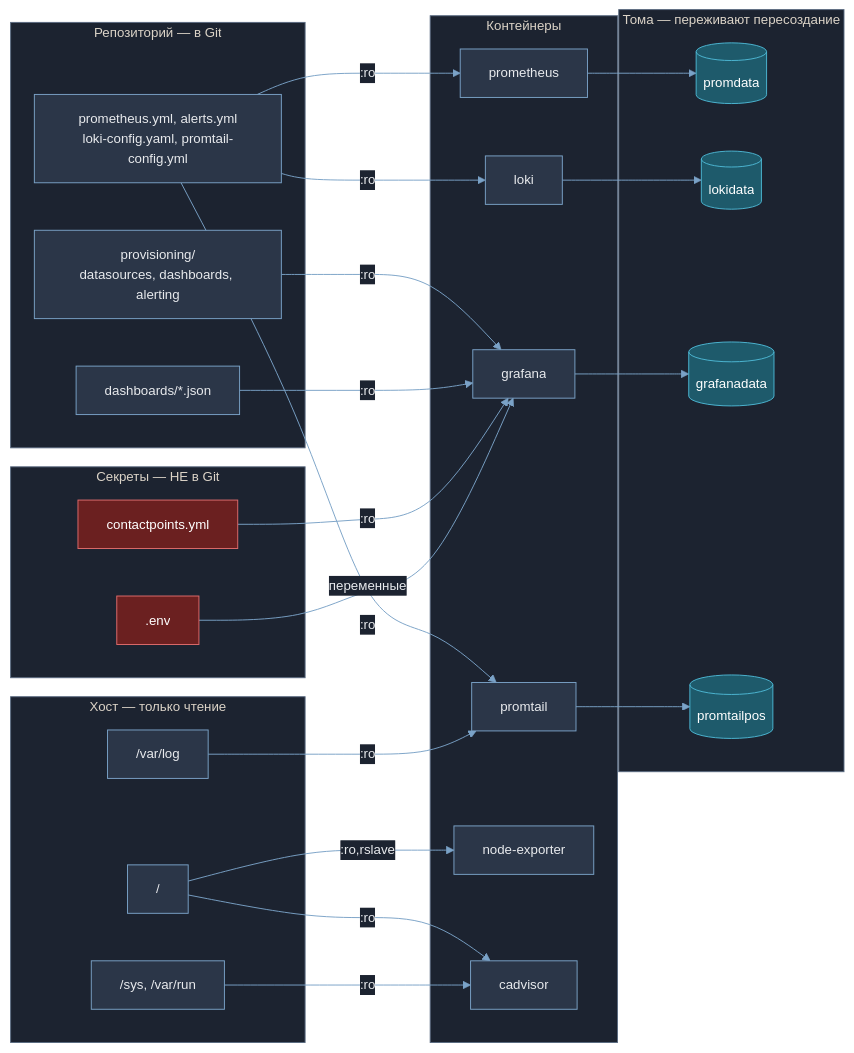
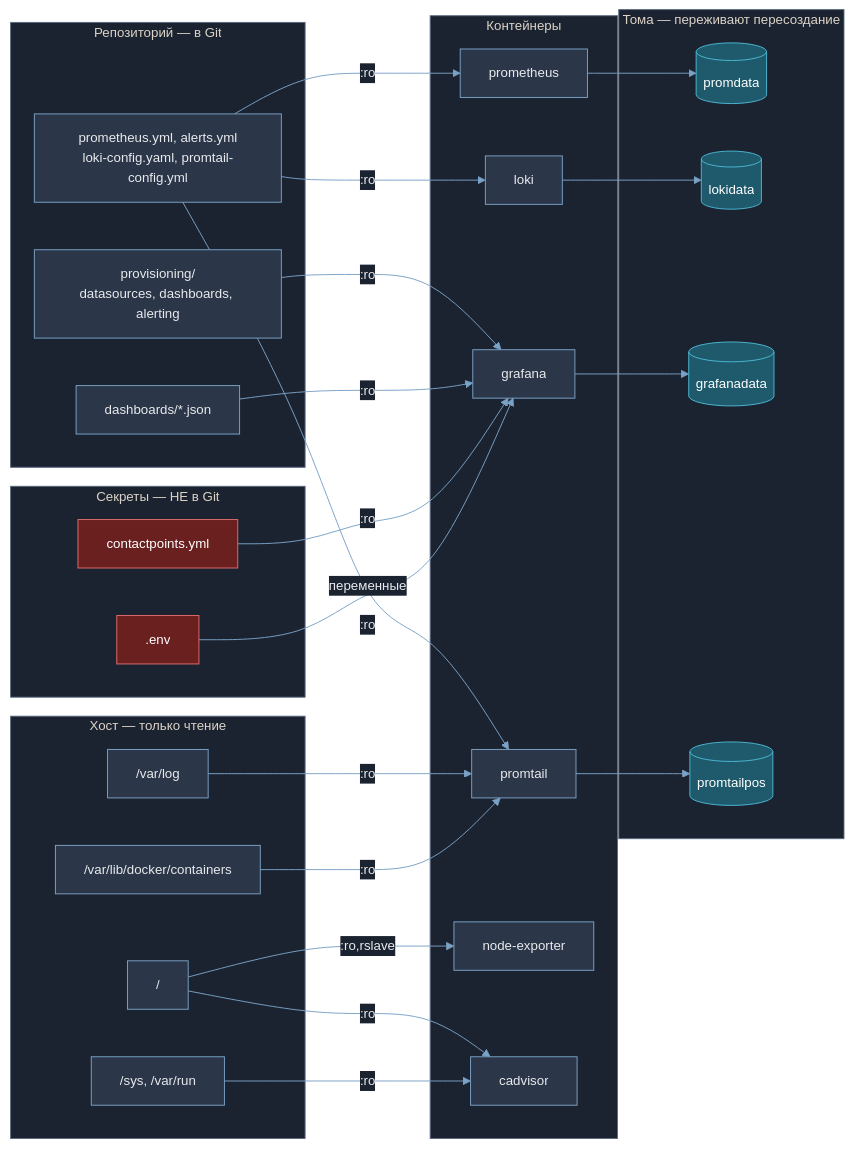
The fourth of 4 diagrams in README.md (osltbs/docker-monitoring-stack), drawn with Mermaid before and after one commit. The commit also changed other lines of this file and 4 other files, not shown here.

````diff
--- a/README.md
+++ b/README.md
@@ -238,59 +230,61 @@
 ```mermaid
 %%{init: {'theme':'base','themeVariables':{'lineColor':'#7aa2c7','primaryColor':'#2b3648','primaryTextColor':'#e8eaed','primaryBorderColor':'#7aa2c7','secondaryColor':'#3a4658','tertiaryColor':'#242c38','edgeLabelBackground':'#1c2330','clusterBkg':'#1c2330','clusterBorder':'#5a6a80','fontSize':'14px'}}}%%
 flowchart LR
     subgraph GIT["Репозиторий — в Git"]
         CONF["prometheus.yml, alerts.yml<br/>loki-config.yaml, promtail-config.yml"]
         PROV["provisioning/<br/>datasources, dashboards, alerting"]
         DASH["dashboards/*.json"]
     end
 
     subgraph SECRET["Секреты — НЕ в Git"]
         ENV[".env"]
         CP["contactpoints.yml"]
     end
 
     subgraph HOSTRO["Хост — только чтение"]
         ROOTFS["/"]
         SYSFS["/sys, /var/run"]
         LOGS["/var/log"]
+        DLOGS["/var/lib/docker/containers"]
     end
 
     subgraph SVC["Контейнеры"]
         PROM["prometheus"]
         LOKI["loki"]
         PT["promtail"]
         GRAF["grafana"]
         NE["node-exporter"]
         CAD["cadvisor"]
     end
 
     subgraph VOL["Тома — переживают пересоздание"]
         PD[("promdata")]
         LD[("lokidata")]
         GD[("grafanadata")]
         PP[("promtailpos")]
     end
 
     CONF -->|":ro"| PROM
     CONF -->|":ro"| LOKI
     CONF -->|":ro"| PT
     PROV -->|":ro"| GRAF
     DASH -->|":ro"| GRAF
     CP -->|":ro"| GRAF
     ENV -->|"переменные"| GRAF
 
     ROOTFS -->|":ro,rslave"| NE
     ROOTFS -->|":ro"| CAD
     SYSFS -->|":ro"| CAD
     LOGS -->|":ro"| PT
+    DLOGS -->|":ro"| PT
 
     PROM --> PD
     LOKI --> LD
     GRAF --> GD
     PT --> PP
 
     classDef vol fill:#1e5a6b,stroke:#4db8d4,color:#ffffff
     classDef sec fill:#6b2020,stroke:#e06c6c,color:#ffffff
     class PD,LD,GD,PP vol
     class ENV,CP sec
 ```
````
